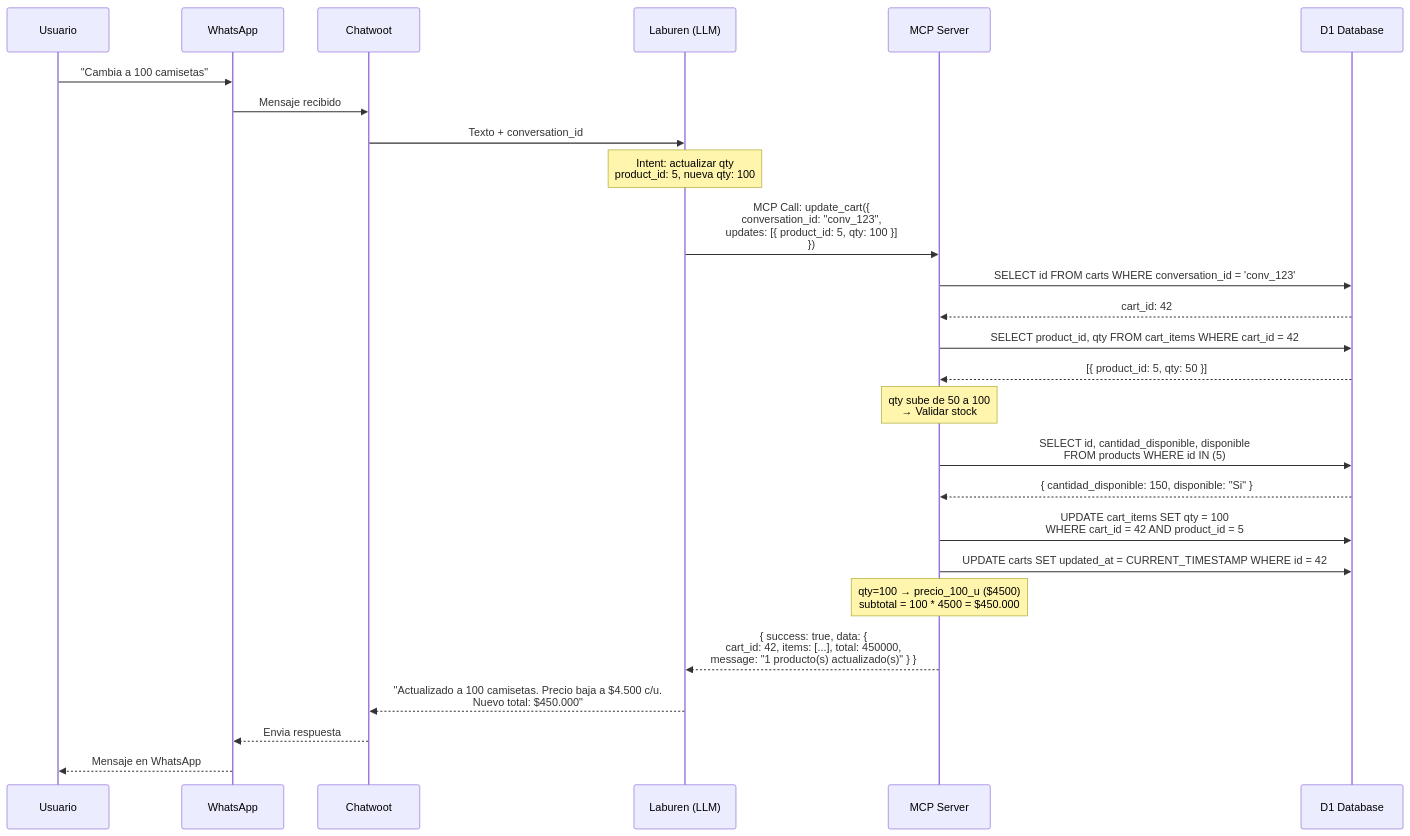
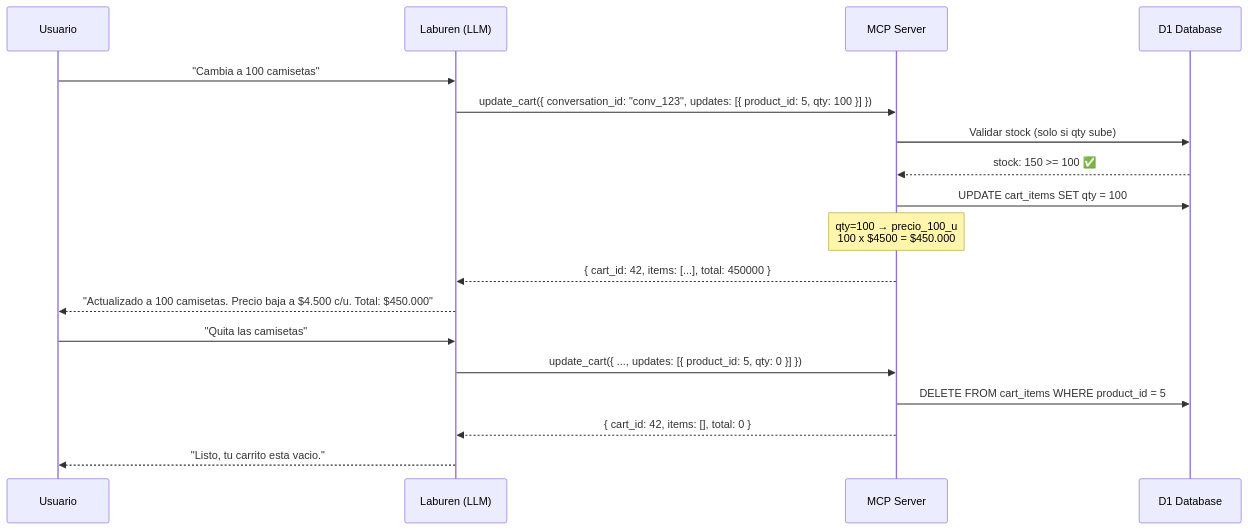
The fourth of 4 diagrams in docs/flujo-agente.md (ArielDRighi/laburen-challenge), drawn with Mermaid before and after one commit. The commit also changed other lines of this file and 13 other files, not shown here.

````diff
--- a/docs/flujo-agente.md
+++ b/docs/flujo-agente.md
@@ -197,40 +78,22 @@
 ```mermaid
 sequenceDiagram
     participant U as Usuario
-    participant W as WhatsApp
-    participant C as Chatwoot
     participant L as Laburen (LLM)
     participant M as MCP Server
     participant D as D1 Database
 
-    U->>W: "Cambia a 100 camisetas"
-    W->>C: Mensaje recibido
-    C->>L: Texto + conversation_id
+    U->>L: "Cambia a 100 camisetas"
+    L->>M: update_cart({ conversation_id: "conv_123", updates: [{ product_id: 5, qty: 100 }] })
+    M->>D: Validar stock (solo si qty sube)
+    D-->>M: stock: 150 >= 100 ✅
+    M->>D: UPDATE cart_items SET qty = 100
+    Note over M: qty=100 → precio_100_u<br/>100 x $4500 = $450.000
+    M-->>L: { cart_id: 42, items: [...], total: 450000 }
+    L-->>U: "Actualizado a 100 camisetas. Precio baja a $4.500 c/u. Total: $450.000"
 
-    Note over L: Intent: actualizar qty<br/>product_id: 5, nueva qty: 100
-
-    L->>M: MCP Call: update_cart({<br/>  conversation_id: "conv_123",<br/>  updates: [{ product_id: 5, qty: 100 }]<br/>})
-
-    M->>D: SELECT id FROM carts WHERE conversation_id = 'conv_123'
-    D-->>M: cart_id: 42
-
-    M->>D: SELECT product_id, qty FROM cart_items WHERE cart_id = 42
-    D-->>M: [{ product_id: 5, qty: 50 }]
-
-    Note over M: qty sube de 50 a 100<br/>→ Validar stock
-
-    M->>D: SELECT id, cantidad_disponible, disponible<br/>FROM products WHERE id IN (5)
-    D-->>M: { cantidad_disponible: 150, disponible: "Si" }
-
-    M->>D: UPDATE cart_items SET qty = 100<br/>WHERE cart_id = 42 AND product_id = 5
-
-    M->>D: UPDATE carts SET updated_at = CURRENT_TIMESTAMP WHERE id = 42
-
-    Note over M: qty=100 → precio_100_u ($4500)<br/>subtotal = 100 * 4500 = $450.000
-
-    M-->>L: { success: true, data: {<br/>  cart_id: 42, items: [...], total: 450000,<br/>  message: "1 producto(s) actualizado(s)" } }
-
-    L-->>C: "Actualizado a 100 camisetas. Precio baja a $4.500 c/u.<br/>Nuevo total: $450.000"
-    C-->>W: Envia respuesta
-    W-->>U: Mensaje en WhatsApp
+    U->>L: "Quita las camisetas"
+    L->>M: update_cart({ ..., updates: [{ product_id: 5, qty: 0 }] })
+    M->>D: DELETE FROM cart_items WHERE product_id = 5
+    M-->>L: { cart_id: 42, items: [], total: 0 }
+    L-->>U: "Listo, tu carrito esta vacio."
 ```
````
